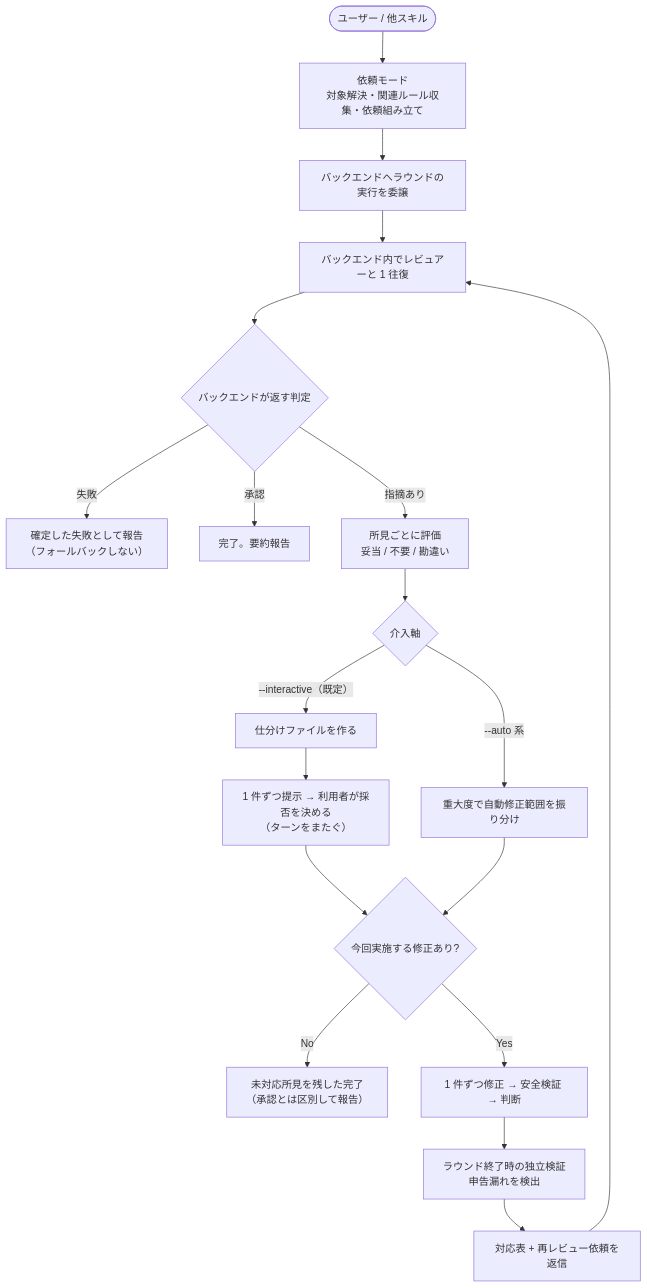
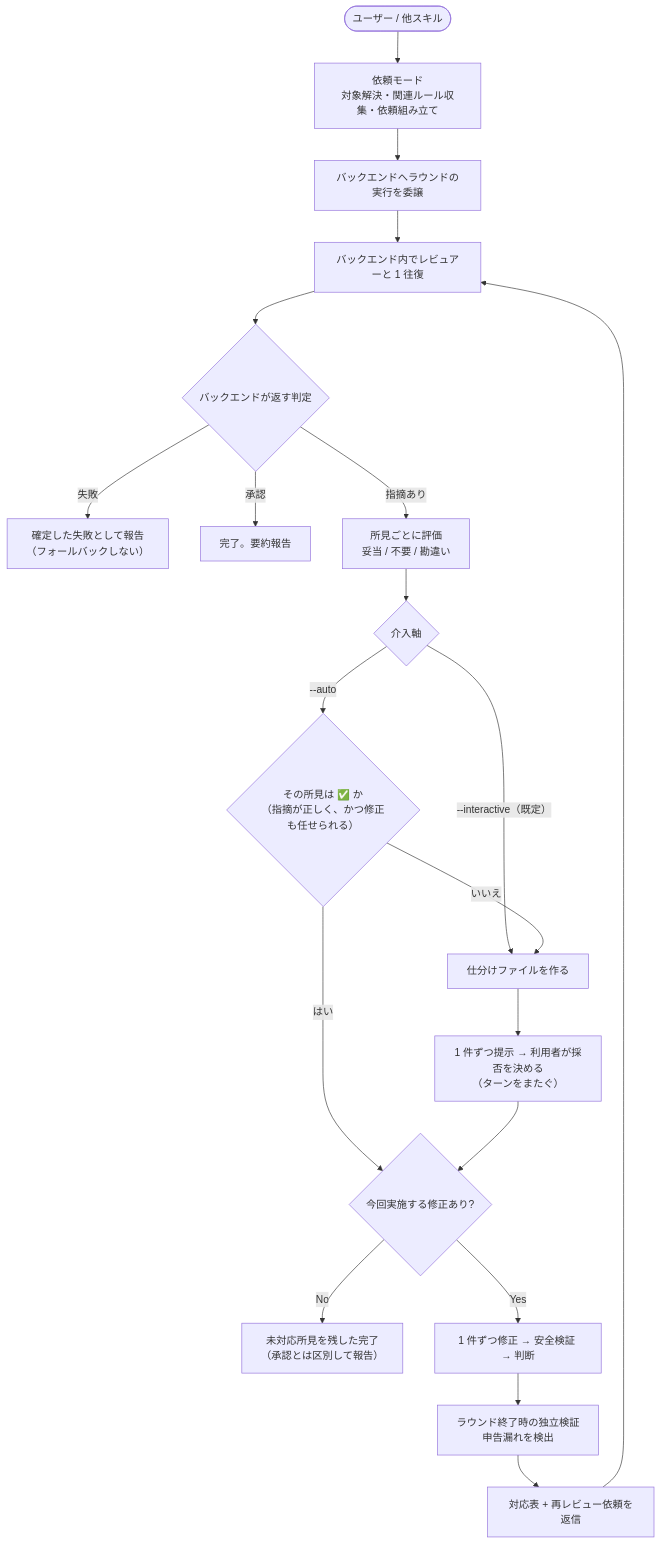
One commit to BlueEventHorizon/bw-cc-plugins changed the diagram in docs/readme/forge/guide_review_ja.md. Above: the diagram before and after it, drawn with Mermaid. The commit also changed other lines of this file and 12 other files, not shown here.

````diff
--- a/docs/readme/forge/guide_review_ja.md
+++ b/docs/readme/forge/guide_review_ja.md
@@ -204,37 +204,39 @@
 ```mermaid
 flowchart TD
     START([ユーザー / 他スキル]) --> REQ
 
     REQ["依頼モード<br/>対象解決・関連ルール収集・依頼組み立て"] --> SEND
 
     SEND["バックエンドへラウンドの実行を委譲"] --> WAIT
 
     WAIT["バックエンド内でレビュアーと 1 往復"] --> RESULT
 
     RESULT{バックエンドが返す判定}
     RESULT -->|"失敗"| FAIL["確定した失敗として報告<br/>（フォールバックしない）"]
     RESULT -->|"承認"| DONE["完了。要約報告"]
     RESULT -->|"指摘あり"| EVAL
 
     EVAL["所見ごとに評価<br/>妥当 / 不要 / 勘違い"] --> MODE
 
     MODE{介入軸}
     MODE -->|"--interactive（既定）"| TRIAGE
-    MODE -->|"--auto 系"| GATE
+    MODE -->|"--auto"| SPLIT
+
+    SPLIT{"その所見は ✅ か<br/>（指摘が正しく、かつ修正も任せられる）"}
+    SPLIT -->|"はい"| CONFIRM
+    SPLIT -->|"いいえ"| TRIAGE
 
     TRIAGE["仕分けファイルを作る"] --> STEP
 
     STEP["1 件ずつ提示 → 利用者が採否を決める<br/>（ターンをまたぐ）"] --> CONFIRM
-
-    GATE["重大度で自動修正範囲を振り分け"] --> CONFIRM
 
     CONFIRM{今回実施する修正あり?}
     CONFIRM -->|No| DONE2["未対応所見を残した完了<br/>（承認とは区別して報告）"]
     CONFIRM -->|Yes| FIX
 
     FIX["1 件ずつ修正 → 安全検証 → 判断"] --> VERIFY
 
     VERIFY["ラウンド終了時の独立検証<br/>申告漏れを検出"] --> REPLY
 
     REPLY["対応表 + 再レビュー依頼を返信"] --> WAIT
 ```
````
